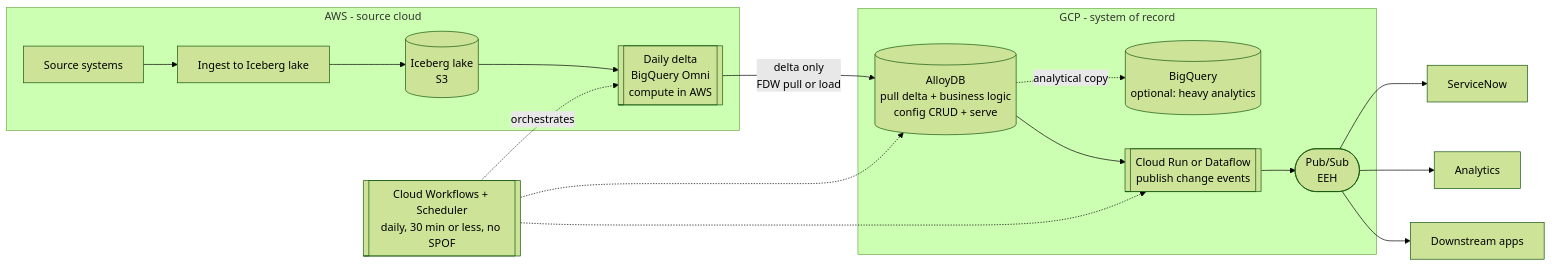
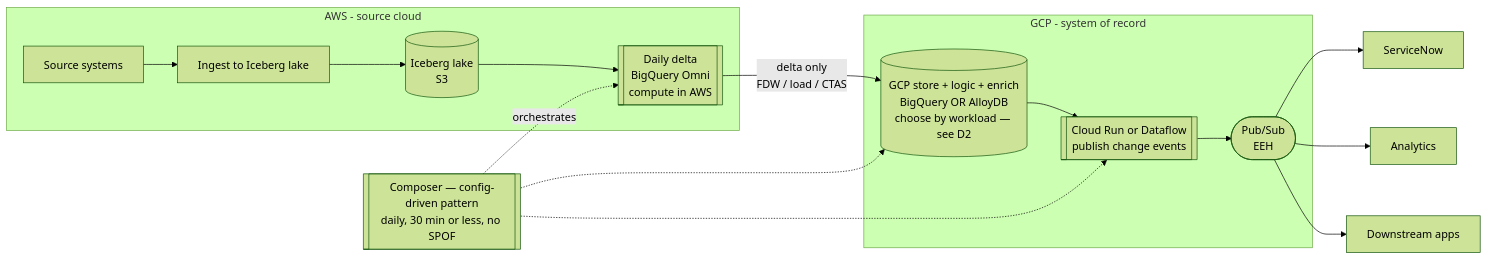
Before and after one commit to jeremydegardeyn/iceberg-zero-copy-poc: the diagram in docs/daily-delta-pipeline-architecture.md, drawn with Mermaid (forest theme). The commit also changed other lines of this file, not shown here.

First line of the commit message:
Delta pipeline: either-store (D2) + framework fit as a Composer pattern

````diff
--- a/docs/daily-delta-pipeline-architecture.md
+++ b/docs/daily-delta-pipeline-architecture.md
@@ -39,22 +39,20 @@
 ```mermaid
 flowchart LR
   subgraph AWS[AWS - source cloud]
     SRC[Source systems] --> ING[Ingest to Iceberg lake]
     ING --> LAKE[(Iceberg lake<br/>S3)]
     LAKE --> DIFF[[Daily delta<br/>BigQuery Omni<br/>compute in AWS]]
   end
-  DIFF -->|delta only<br/>FDW pull or load| ADB
+  DIFF -->|delta only<br/>FDW / load / CTAS| STORE
   subgraph GCP[GCP - system of record]
-    ADB[(AlloyDB<br/>pull delta + business logic<br/>config CRUD + serve)]
-    BQ[(BigQuery<br/>optional: heavy analytics)]
-    ADB -.->|analytical copy| BQ
-    ADB --> PUB[[Cloud Run or Dataflow<br/>publish change events]]
+    STORE[(GCP store + logic + enrich<br/>BigQuery OR AlloyDB<br/>choose by workload — see D2)]
+    STORE --> PUB[[Cloud Run or Dataflow<br/>publish change events]]
     PUB --> EEH([Pub/Sub<br/>EEH])
   end
   EEH --> SNOW[ServiceNow]
   EEH --> ANL[Analytics]
   EEH --> APPS[Downstream apps]
-  ORCH[[Cloud Workflows + Scheduler<br/>daily, 30 min or less, no SPOF]] -.orchestrates.-> DIFF
-  ORCH -.-> ADB
+  ORCH[[Composer — config-driven pattern<br/>daily, 30 min or less, no SPOF]] -.orchestrates.-> DIFF
+  ORCH -.-> STORE
   ORCH -.-> PUB
 ```
````
